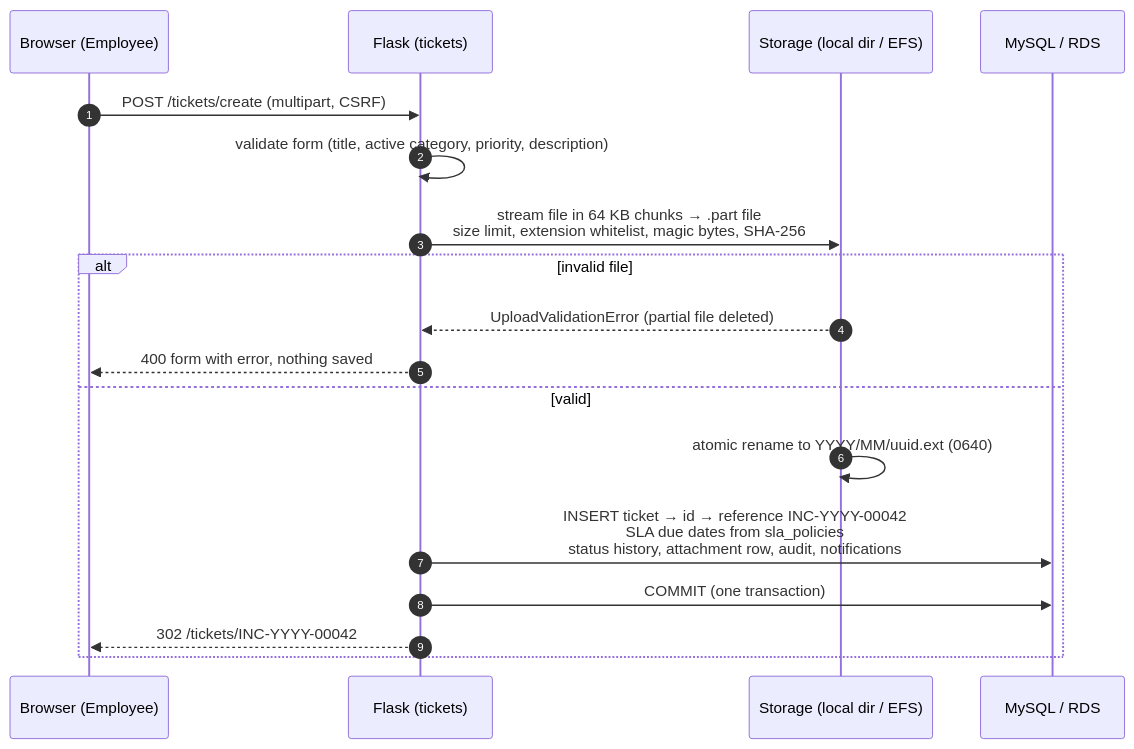
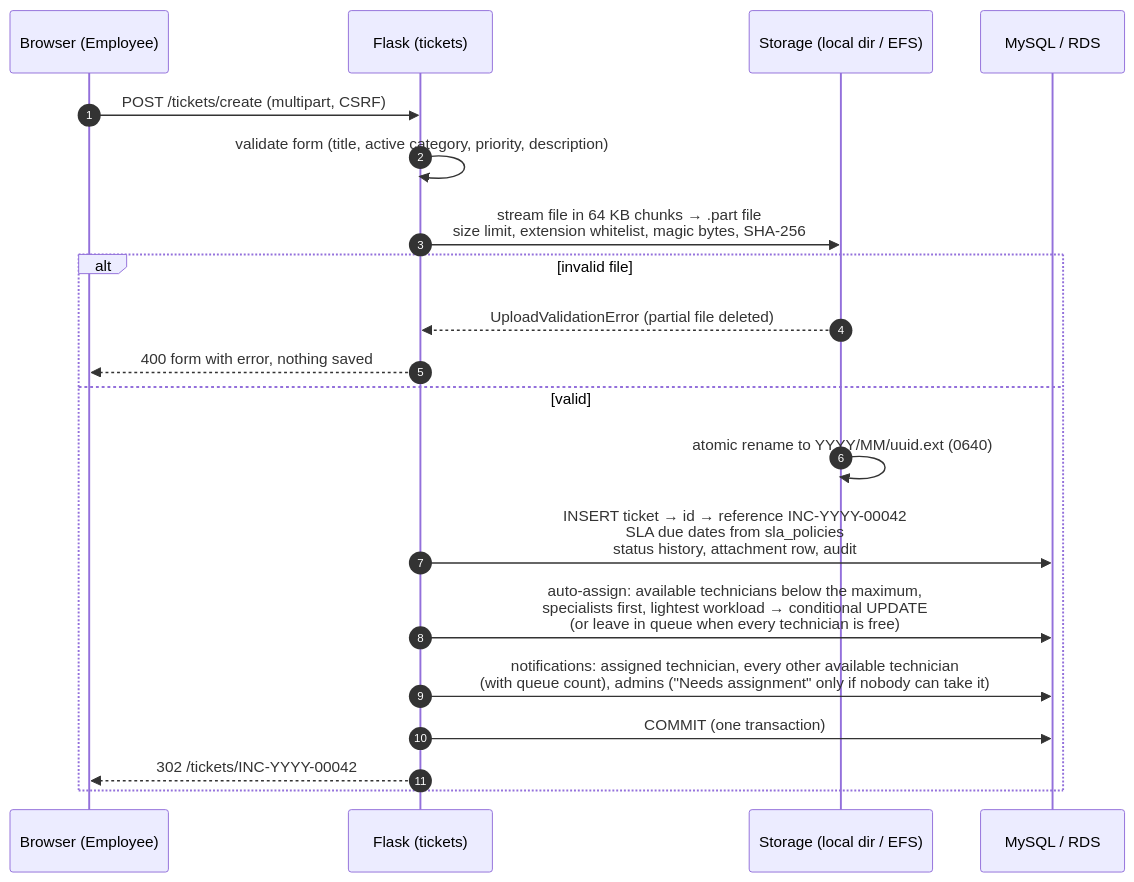
Before and after one commit to Gabriel2006galaxy/CloudOps-360: the second of 6 diagrams in docs/data_flow.md, drawn with Mermaid. The commit also changed other lines of this file and 7 other files, not shown here.

First line of the commit message:
Update all docs for auto-assignment, ratings and live Lab 1

````diff
--- a/docs/data_flow.md
+++ b/docs/data_flow.md
@@ -42,20 +42,22 @@
 ```mermaid
 sequenceDiagram
     autonumber
     participant B as Browser (Employee)
     participant F as Flask (tickets)
     participant S as Storage (local dir / EFS)
     participant DB as MySQL / RDS
     B->>F: POST /tickets/create (multipart, CSRF)
     F->>F: validate form (title, active category, priority, description)
     F->>S: stream file in 64 KB chunks → .part file<br/>size limit, extension whitelist, magic bytes, SHA-256
     alt invalid file
         S-->>F: UploadValidationError (partial file deleted)
         F-->>B: 400 form with error, nothing saved
     else valid
         S->>S: atomic rename to YYYY/MM/uuid.ext (0640)
-        F->>DB: INSERT ticket → id → reference INC-YYYY-00042<br/>SLA due dates from sla_policies<br/>status history, attachment row, audit, notifications
+        F->>DB: INSERT ticket → id → reference INC-YYYY-00042<br/>SLA due dates from sla_policies<br/>status history, attachment row, audit
+        F->>DB: auto-assign: available technicians below the maximum,<br/>specialists first, lightest workload → conditional UPDATE<br/>(or leave in queue when every technician is free)
+        F->>DB: notifications: assigned technician, every other available technician<br/>(with queue count), admins ("Needs assignment" only if nobody can take it)
         F->>DB: COMMIT (one transaction)
         F-->>B: 302 /tickets/INC-YYYY-00042
     end
 ```
````
